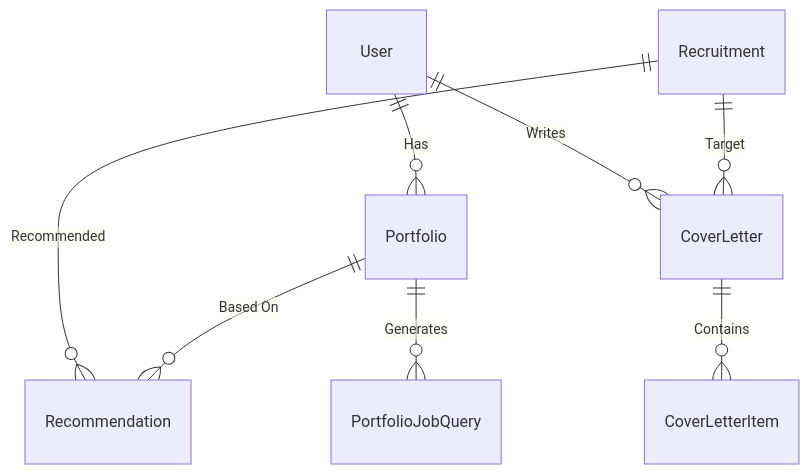
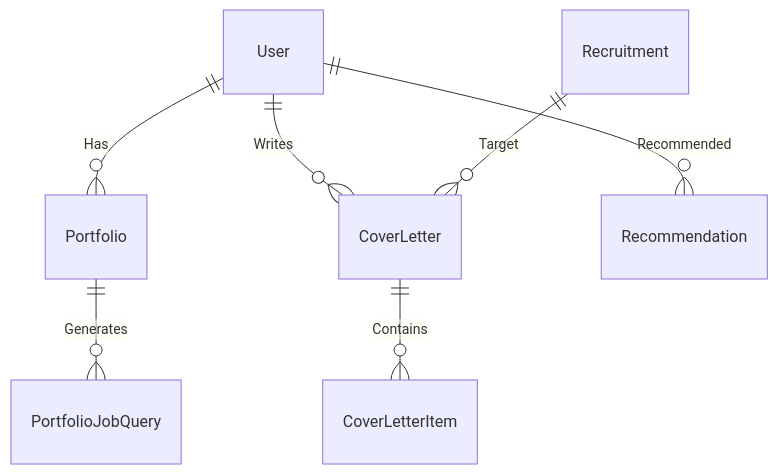
The diagram in docs/db/DATA_SCHEMA.md (pileuszu/pro-nlp-finalproject-nlp-01), drawn with Mermaid before and after one commit. The commit also changed other lines of this file and 14 other files, not shown here.

````diff
--- a/docs/db/DATA_SCHEMA.md
+++ b/docs/db/DATA_SCHEMA.md
@@ -124,10 +122,9 @@
 ```mermaid
 erDiagram
     User ||--o{ Portfolio : "Has"
     User ||--o{ CoverLetter : "Writes"
     Recruitment ||--o{ CoverLetter : "Target"
-    Recruitment ||--o{ Recommendation : "Recommended"
-    Portfolio ||--o{ Recommendation : "Based On"
+    User ||--o{ Recommendation : "Recommended"
     Portfolio ||--o{ PortfolioJobQuery : "Generates"
     CoverLetter ||--o{ CoverLetterItem : "Contains"
 ```
````
